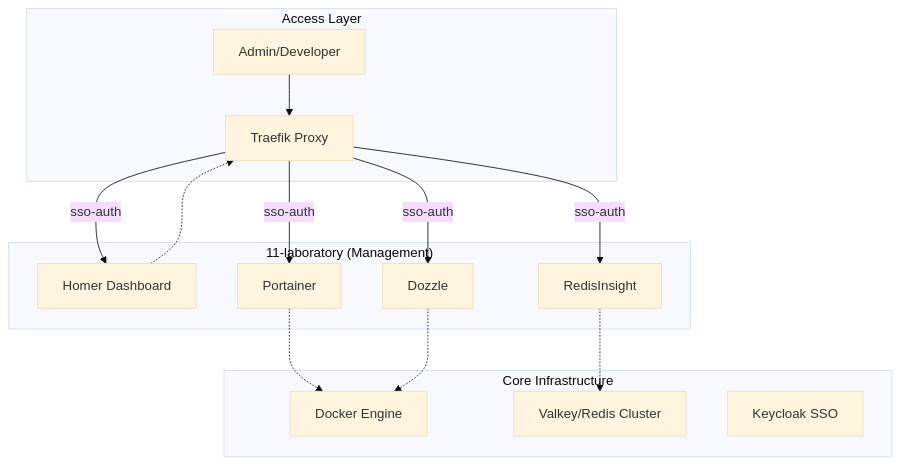
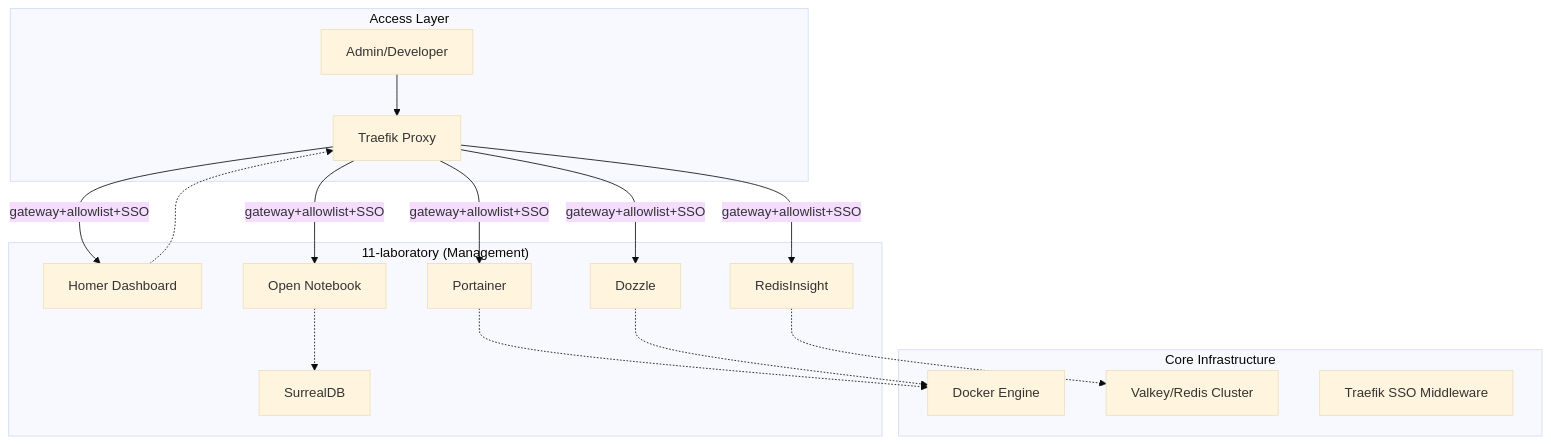
One commit to buenhyden/hy-home.docker changed the diagram in docs/02.architecture/requirements/0011-laboratory-architecture.md. Above: the diagram before and after it, drawn with Mermaid (base theme). The commit also changed other lines of this file and 44 other files, not shown here.

````diff
--- a/docs/02.architecture/requirements/0011-laboratory-architecture.md
+++ b/docs/02.architecture/requirements/0011-laboratory-architecture.md
@@ -31,31 +31,35 @@
 ```mermaid
 graph TD
     subgraph "Access Layer"
         User[Admin/Developer]
         TF[Traefik Proxy]
     end
 
     subgraph "11-laboratory (Management)"
         Dash[Homer Dashboard]
         Port[Portainer]
         RI[RedisInsight]
         Doz[Dozzle]
+        ON[Open Notebook]
+        SDB[SurrealDB]
     end
 
     subgraph "Core Infrastructure"
         DockerPool[Docker Engine]
         RedisPool[Valkey/Redis Cluster]
-        Auth[Keycloak SSO]
+        Auth[Traefik SSO Middleware]
     end
 
     User --> TF
-    TF -- "sso-auth" --> Dash
-    TF -- "sso-auth" --> Port
-    TF -- "sso-auth" --> RI
-    TF -- "sso-auth" --> Doz
+    TF -- "gateway+allowlist+SSO" --> Dash
+    TF -- "gateway+allowlist+SSO" --> Port
+    TF -- "gateway+allowlist+SSO" --> RI
+    TF -- "gateway+allowlist+SSO" --> Doz
+    TF -- "gateway+allowlist+SSO" --> ON
 
     Port -.-> DockerPool
     Doz -.-> DockerPool
     RI -.-> RedisPool
+    ON -.-> SDB
     Dash -.-> TF
 ```
````
